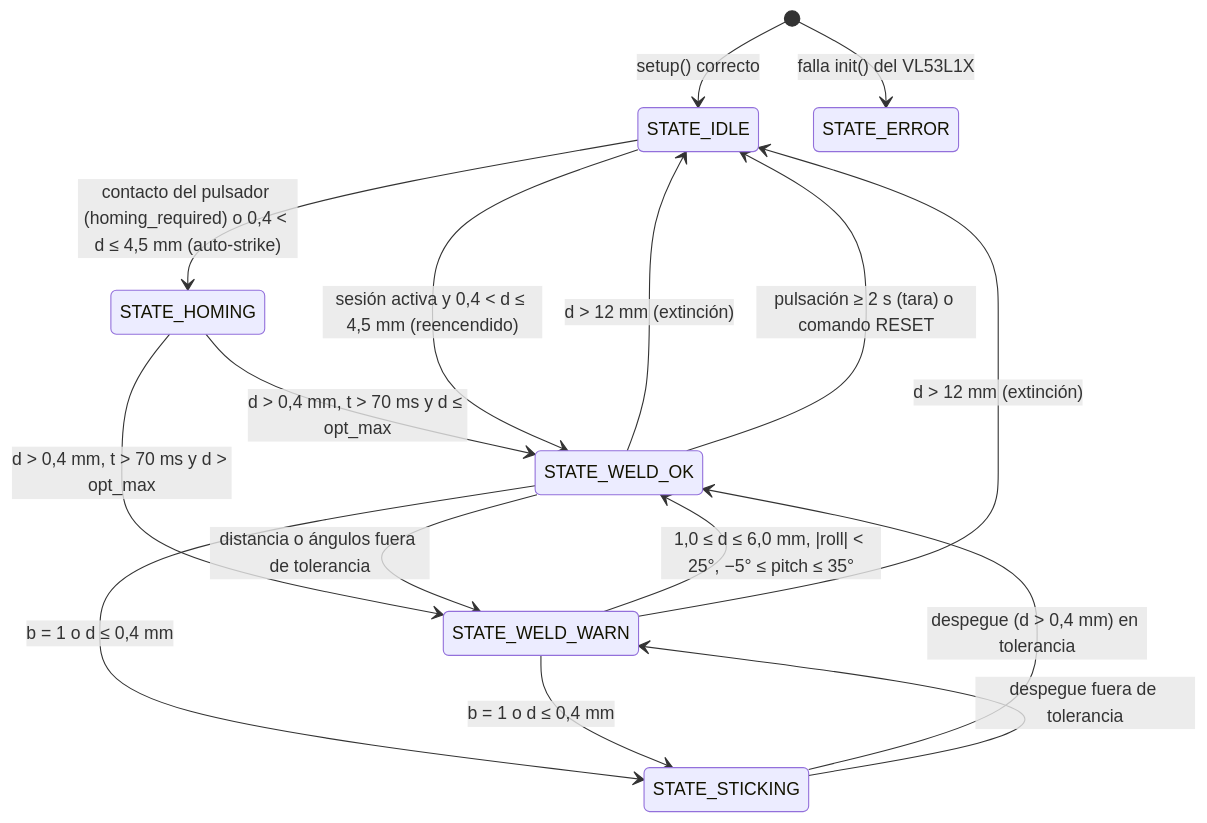
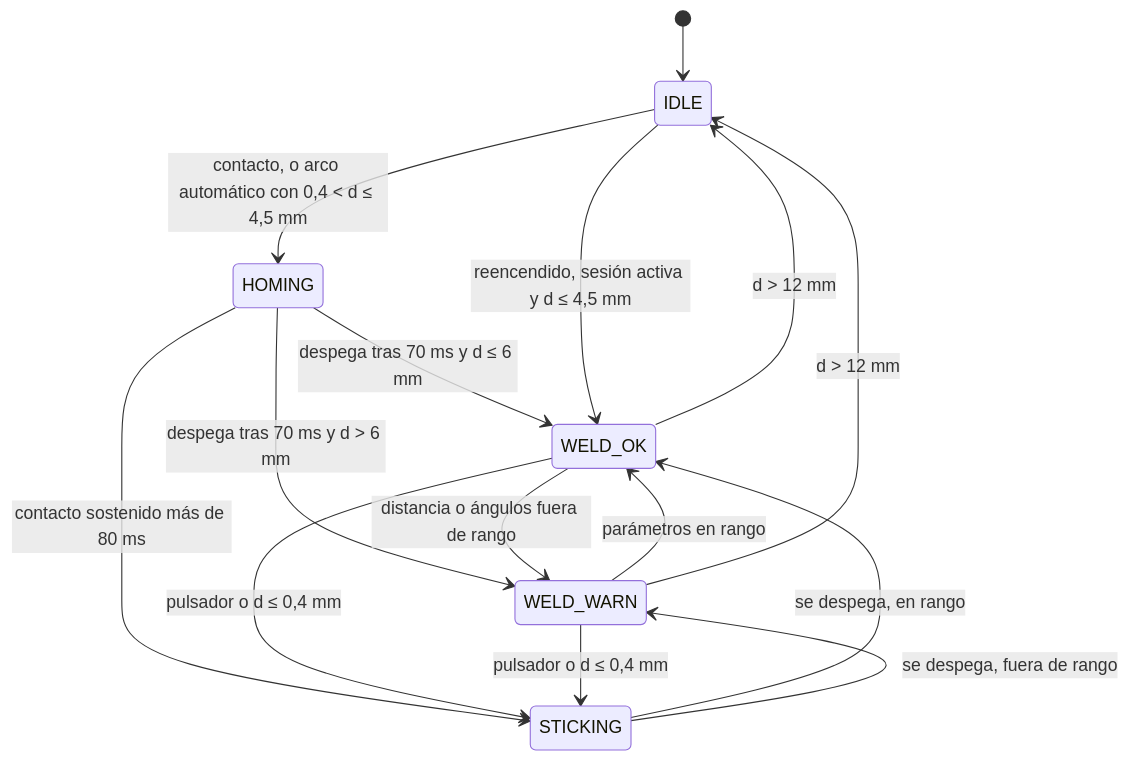
The fifth of 10 diagrams in informe_tecnico.md (lucho-albanez/Trabajo_integrador_RV), drawn with Mermaid before and after one commit. The commit also changed other lines of this file and 1 other file, not shown here.

````diff
--- a/informe_tecnico.md
+++ b/informe_tecnico.md
@@ -633,18 +535,17 @@
 ```mermaid
 stateDiagram-v2
-    [*] --> STATE_IDLE : setup() correcto
-    [*] --> STATE_ERROR : falla init() del VL53L1X
-    STATE_IDLE --> STATE_HOMING : contacto del pulsador (homing_required) o 0,4 < d ≤ 4,5 mm (auto-strike)
-    STATE_HOMING --> STATE_WELD_OK : d > 0,4 mm, t > 70 ms y d ≤ opt_max
-    STATE_HOMING --> STATE_WELD_WARN : d > 0,4 mm, t > 70 ms y d > opt_max
-    STATE_WELD_OK --> STATE_WELD_WARN : distancia o ángulos fuera de tolerancia
-    STATE_WELD_WARN --> STATE_WELD_OK : 1,0 ≤ d ≤ 6,0 mm, |roll| < 25°, −5° ≤ pitch ≤ 35°
-    STATE_WELD_OK --> STATE_STICKING : b = 1 o d ≤ 0,4 mm
-    STATE_WELD_WARN --> STATE_STICKING : b = 1 o d ≤ 0,4 mm
-    STATE_STICKING --> STATE_WELD_OK : despegue (d > 0,4 mm) en tolerancia
-    STATE_STICKING --> STATE_WELD_WARN : despegue fuera de tolerancia
-    STATE_WELD_OK --> STATE_IDLE : d > 12 mm (extinción)
-    STATE_WELD_WARN --> STATE_IDLE : d > 12 mm (extinción)
-    STATE_IDLE --> STATE_WELD_OK : sesión activa y 0,4 < d ≤ 4,5 mm (reencendido)
-    STATE_WELD_OK --> STATE_IDLE : pulsación ≥ 2 s (tara) o comando RESET
+    [*] --> IDLE
+    IDLE --> HOMING: contacto, o arco automático con 0,4 < d ≤ 4,5 mm
+    HOMING --> WELD_OK: despega tras 70 ms y d ≤ 6 mm
+    HOMING --> WELD_WARN: despega tras 70 ms y d > 6 mm
+    HOMING --> STICKING: contacto sostenido más de 80 ms
+    WELD_OK --> WELD_WARN: distancia o ángulos fuera de rango
+    WELD_WARN --> WELD_OK: parámetros en rango
+    WELD_OK --> STICKING: pulsador o d ≤ 0,4 mm
+    WELD_WARN --> STICKING: pulsador o d ≤ 0,4 mm
+    STICKING --> WELD_OK: se despega, en rango
+    STICKING --> WELD_WARN: se despega, fuera de rango
+    WELD_OK --> IDLE: d > 12 mm
+    WELD_WARN --> IDLE: d > 12 mm
+    IDLE --> WELD_OK: reencendido, sesión activa y d ≤ 4,5 mm
 ```
````
